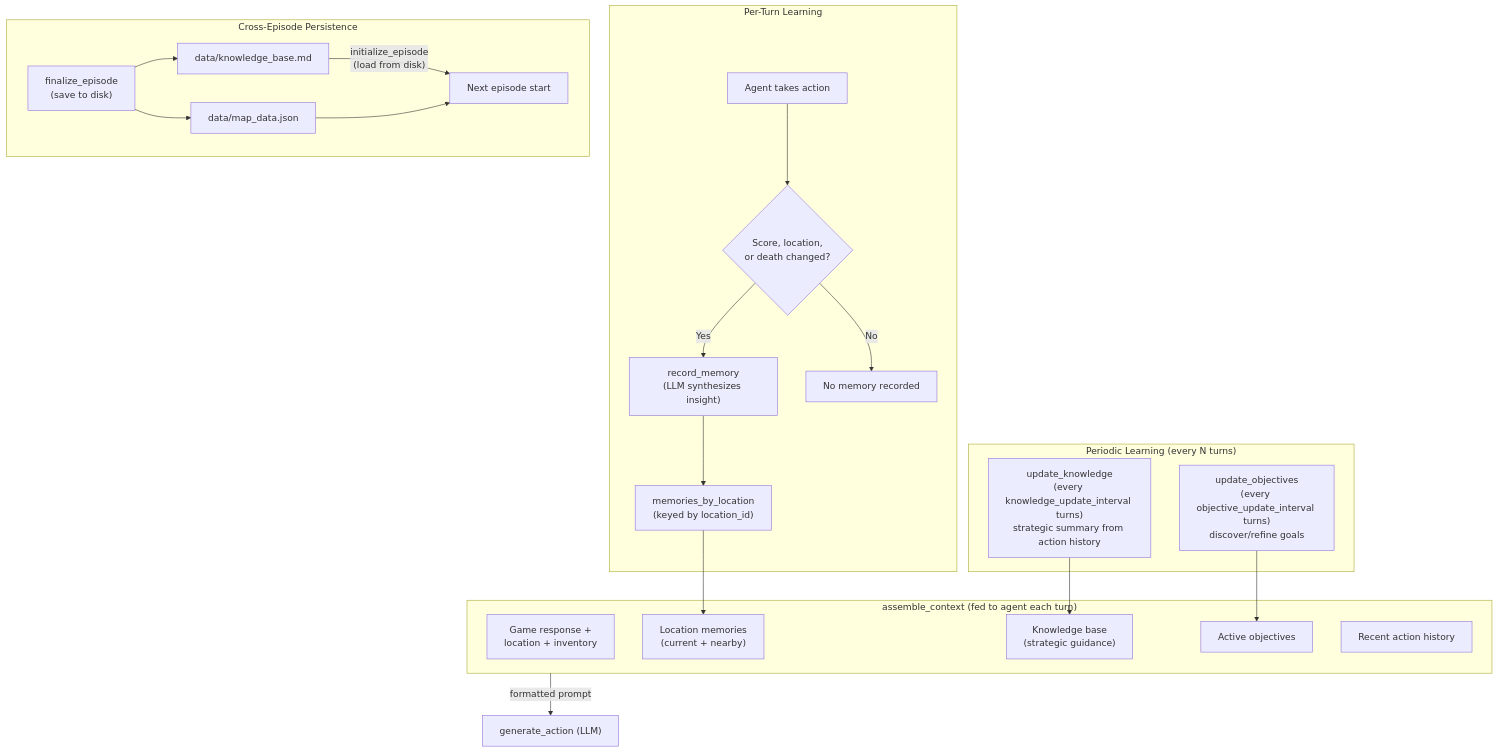
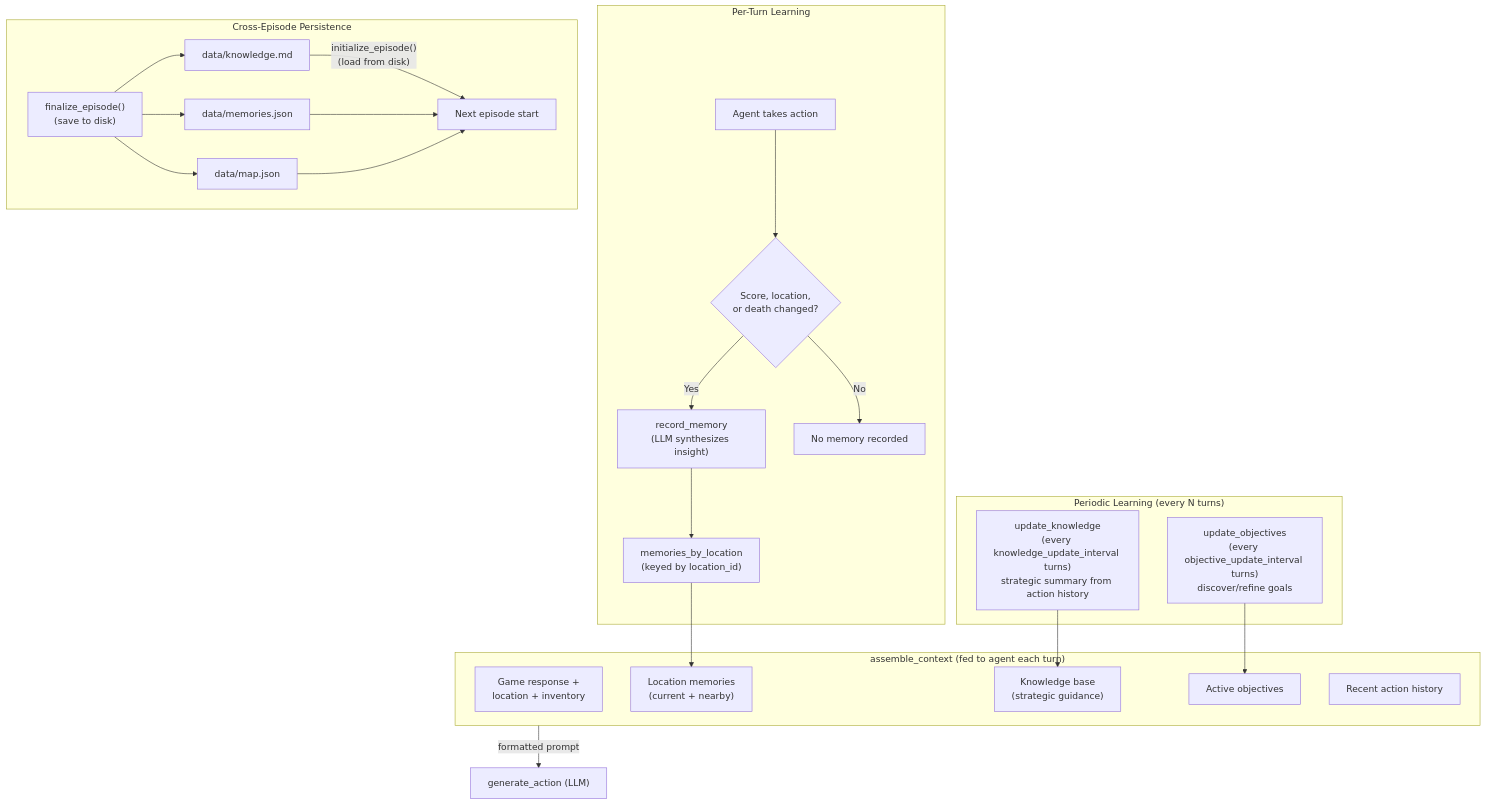
One commit to stickystyle/ZorkGPT2 changed the fourth of 4 diagrams in diagrams.md. Above: the diagram before and after it, drawn with Mermaid. The commit also changed other lines of this file, not shown here.

First line of the commit message:
docs(diagrams): sync all diagrams with current codebase

````diff
--- a/diagrams.md
+++ b/diagrams.md
@@ -148,37 +166,40 @@
 ```mermaid
 flowchart TD
     subgraph PerTurn["Per-Turn Learning"]
         Action[Agent takes action] --> ScoreChange{Score, location,<br/>or death changed?}
         ScoreChange -->|Yes| Synthesize["record_memory<br/>(LLM synthesizes insight)"]
         ScoreChange -->|No| Skip[No memory recorded]
         Synthesize --> LocMem["memories_by_location<br/>(keyed by location_id)"]
     end
 
     subgraph Periodic["Periodic Learning (every N turns)"]
         ObjUpdate["update_objectives<br/>(every objective_update_interval turns)<br/>discover/refine goals"]
         KBUpdate["update_knowledge<br/>(every knowledge_update_interval turns)<br/>strategic summary from action history"]
     end
 
     subgraph CrossEpisode["Cross-Episode Persistence"]
-        KBFile["data/knowledge_base.md"]
-        MapFile["data/map_data.json"]
-        EpEnd["finalize_episode<br/>(save to disk)"] --> KBFile
+        KBFile["data/knowledge.md"]
+        MemFile["data/memories.json"]
+        MapFile["data/map.json"]
+        EpEnd["finalize_episode()<br/>(save to disk)"] --> KBFile
+        EpEnd --> MemFile
         EpEnd --> MapFile
-        KBFile -->|"initialize_episode<br/>(load from disk)"| NextEp[Next episode start]
+        KBFile -->|"initialize_episode()<br/>(load from disk)"| NextEp[Next episode start]
+        MemFile --> NextEp
         MapFile --> NextEp
     end
 
     subgraph Context["assemble_context (fed to agent each turn)"]
         GameState["Game response +<br/>location + inventory"]
         MemView["Location memories<br/>(current + nearby)"]
         KBView["Knowledge base<br/>(strategic guidance)"]
         ObjView["Active objectives"]
         History["Recent action history"]
     end
 
     LocMem --> MemView
     KBUpdate --> KBView
     ObjUpdate --> ObjView
 
     Context -->|"formatted prompt"| Agent2["generate_action (LLM)"]
 ```
````
